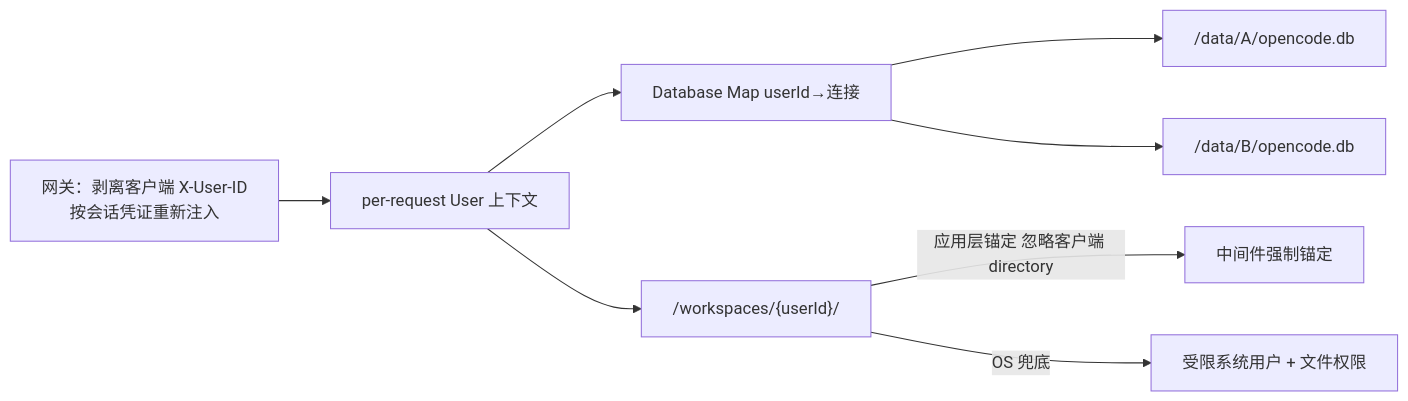
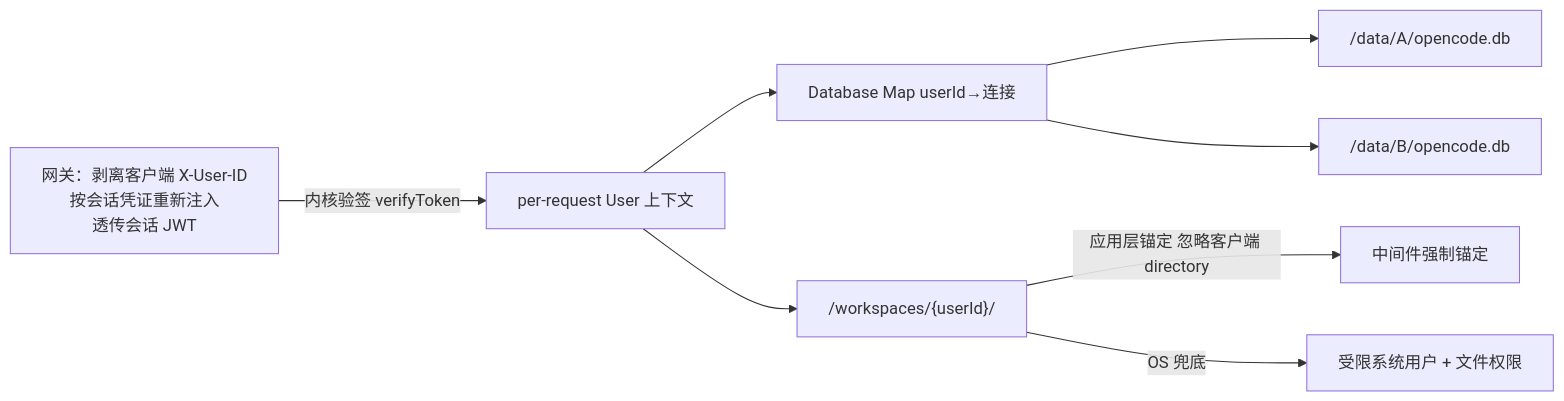
One commit to huangandy007/openhive changed the diagram in docs/superpowers/specs/003-multi-tenant-isolation/plan.md. Above: the diagram before and after it, drawn with Mermaid. The commit also changed other lines of this file and 4 other files, not shown here.

````diff
--- a/docs/superpowers/specs/003-multi-tenant-isolation/plan.md
+++ b/docs/superpowers/specs/003-multi-tenant-isolation/plan.md
@@ -66,10 +66,10 @@
 ```mermaid
 flowchart LR
-    GW["网关：剥离客户端 X-User-ID<br/>按会话凭证重新注入"] --> UC[per-request User 上下文]
+    GW["网关：剥离客户端 X-User-ID<br/>按会话凭证重新注入<br/>透传会话 JWT"] -->|"内核验签 verifyToken"| UC[per-request User 上下文]
     UC --> DB[Database Map userId→连接]
     DB --> DBA["/data/A/opencode.db"]
     DB --> DBB["/data/B/opencode.db"]
     UC --> WS["/workspaces/{userId}/"]
     WS -->|应用层锚定 忽略客户端 directory| ANCHOR[中间件强制锚定]
     WS -->|OS 兜底| OS[受限系统用户 + 文件权限]
 ```
````
